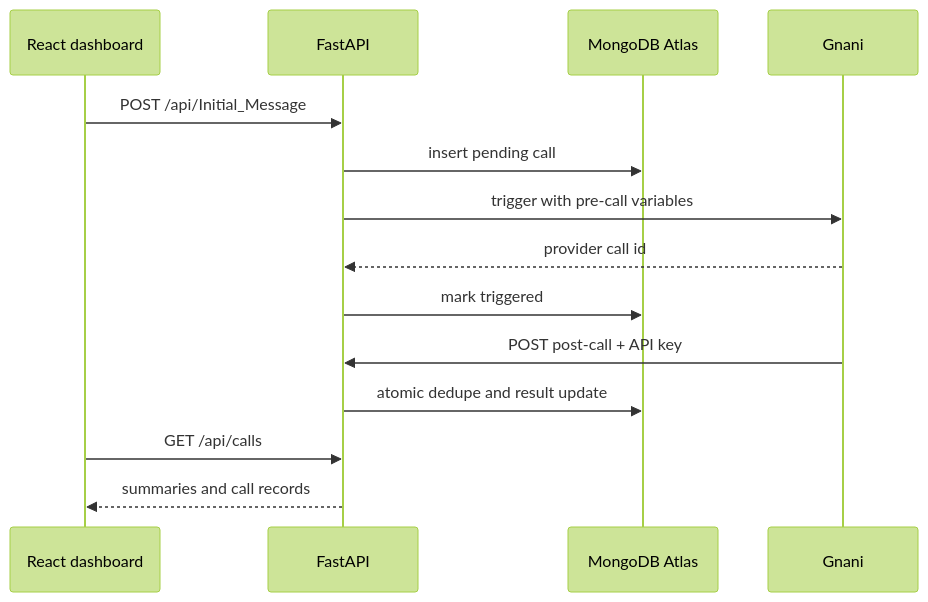
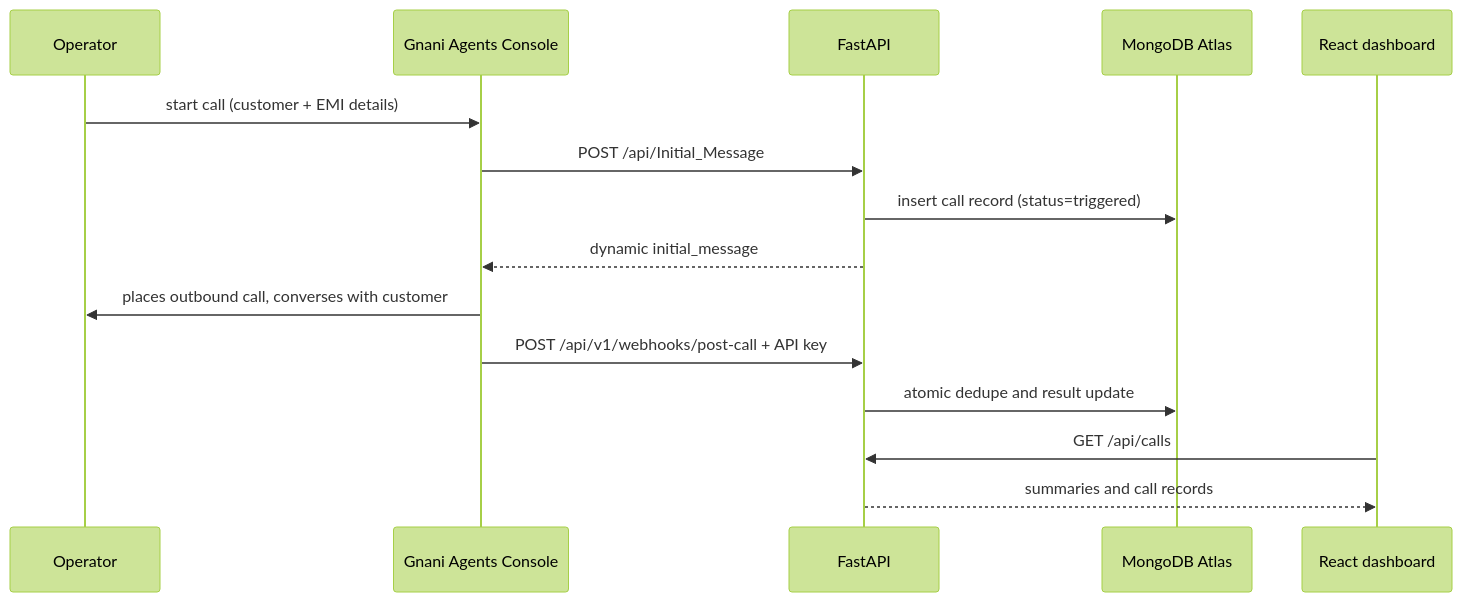
One commit to vaishnaviikv/EMI-payment-collection-agent changed the diagram in docs/architecture.md. Above: the diagram before and after it, drawn with Mermaid (forest theme). The commit also changed other lines of this file and 11 other files, not shown here.

First line of the commit message:
Switch call trigger to console-initiated flow

````diff
--- a/docs/architecture.md
+++ b/docs/architecture.md
@@ -3,16 +3,17 @@
 ```mermaid
 sequenceDiagram
-  participant UI as React dashboard
+  participant Op as Operator
+  participant GC as Gnani Agents Console
   participant API as FastAPI
   participant DB as MongoDB Atlas
-  participant GN as Gnani
-  UI->>API: POST /api/Initial_Message
-  API->>DB: insert pending call
-  API->>GN: trigger with pre-call variables
-  GN-->>API: provider call id
-  API->>DB: mark triggered
-  GN->>API: POST post-call + API key
+  participant UI as React dashboard
+  Op->>GC: start call (customer + EMI details)
+  GC->>API: POST /api/Initial_Message
+  API->>DB: insert call record (status=triggered)
+  API-->>GC: dynamic initial_message
+  GC->>Op: places outbound call, converses with customer
+  GC->>API: POST /api/v1/webhooks/post-call + API key
   API->>DB: atomic dedupe and result update
   UI->>API: GET /api/calls
   API-->>UI: summaries and call records
 ```
````
